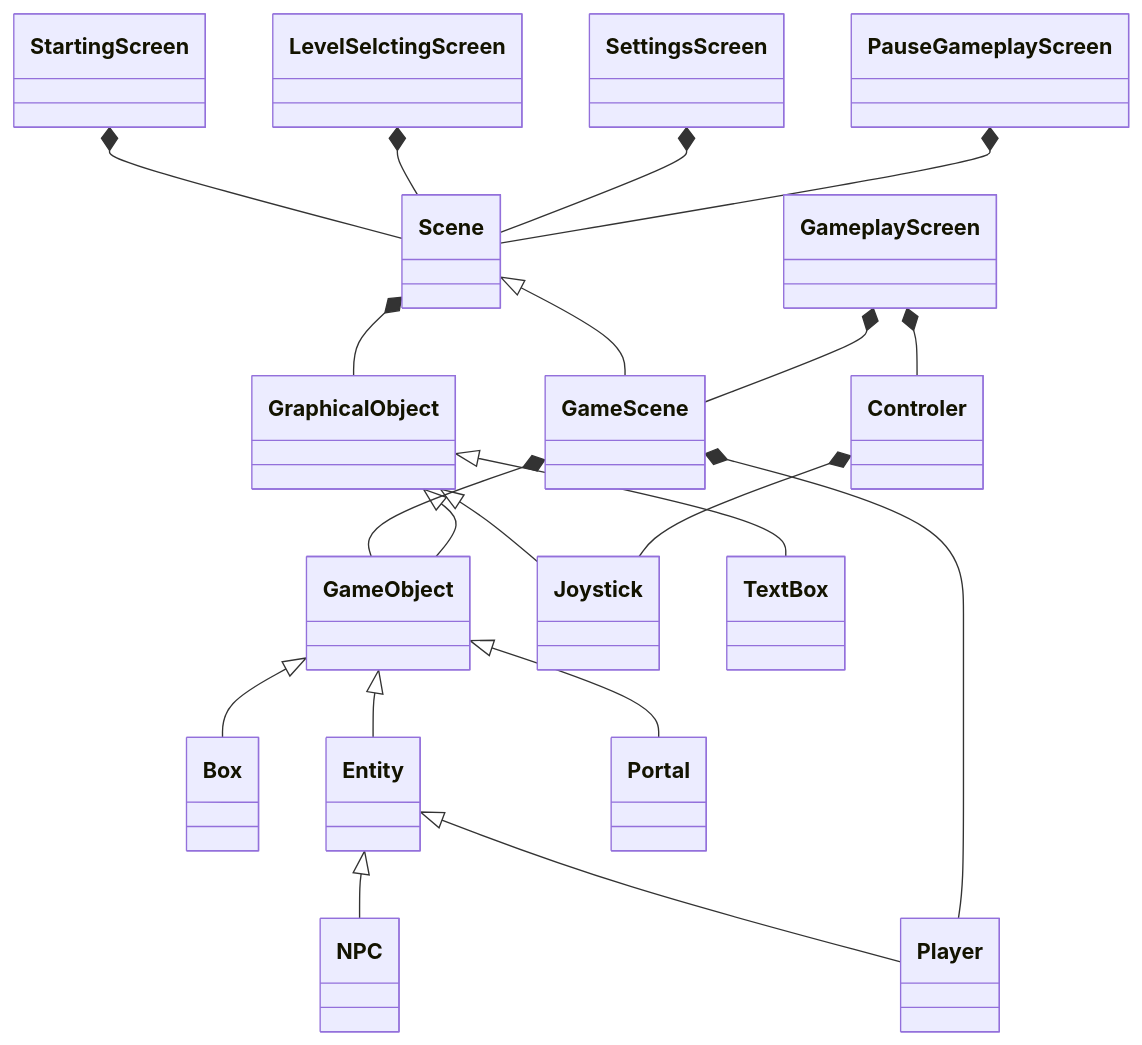
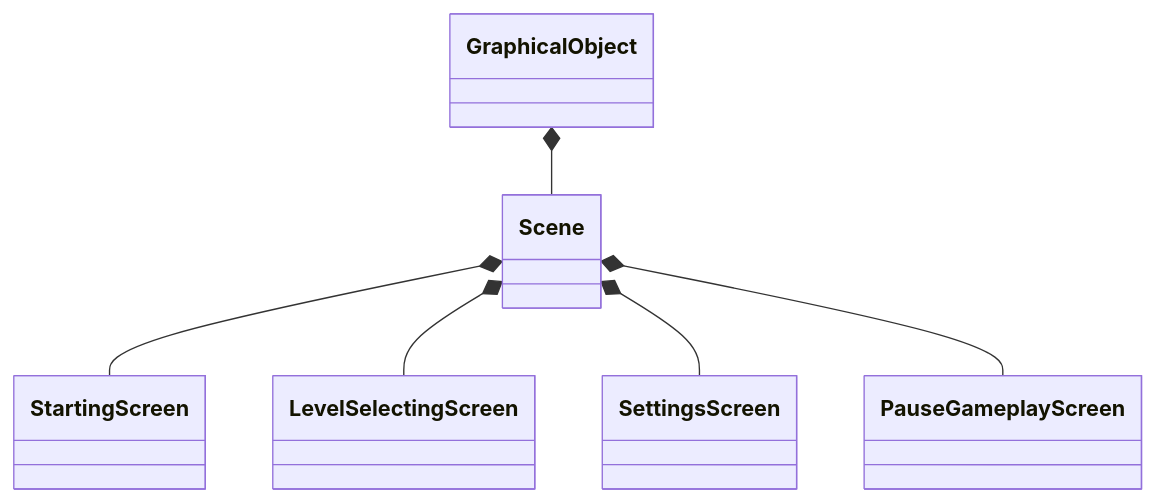
Before and after one commit to dRoycon/HS_SoftwareEngineeringProject: the diagram in planning_class_structure/README.md, drawn with Mermaid.

Commit message:
reasetting planning_class_structure/README.md

````diff
--- a/planning_class_structure/README.md
+++ b/planning_class_structure/README.md
@@ -3,35 +3,12 @@
 ``` mermaid
 classDiagram
-    GameScene *-- GameObject
-    GraphicalObject <|-- Joystick
 
-    GraphicalObject <|-- GameObject 
-    GraphicalObject <|-- TextBox
+    Scene *-- StartingScreen
+    Scene *-- LevelSelectingScreen
+    Scene *-- SettingsScreen
+    Scene *-- PauseGameplayScreen
 
-    GameObject <|-- Box
-    GameObject <|-- Entity
-
-    Entity <|-- NPC
-    Entity <|-- Player
-
-    Scene <|-- GameScene
-
-    Scene *-- GraphicalObject
-    GameObject <|-- Portal
-
-
-    GameScene *-- Player
-
-    Controler *-- Joystick
-
-    GameplayScreen *-- GameScene
-    GameplayScreen *-- Controler
-
-    StartingScreen *-- Scene
-
-    LevelSelctingScreen *-- Scene
-    SettingsScreen *-- Scene
-    PauseGameplayScreen *-- Scene
-
+    GraphicalObject *-- Scene
+    
 
 ```
````
